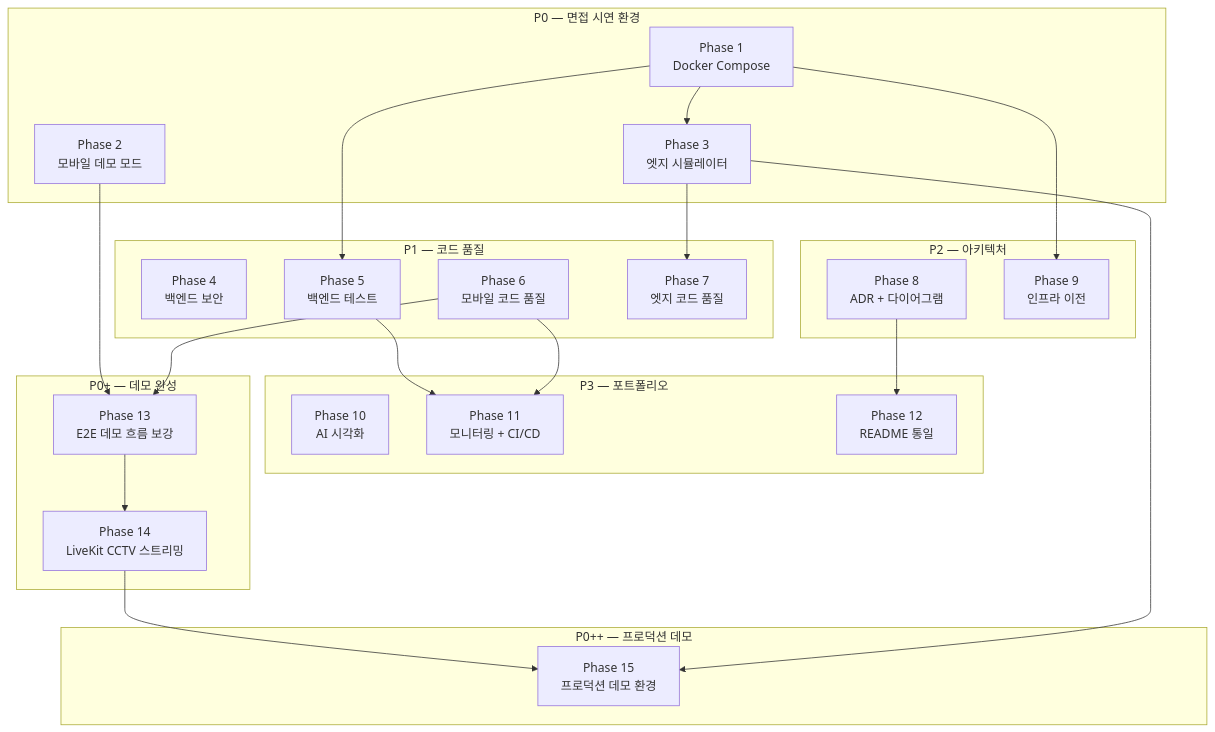
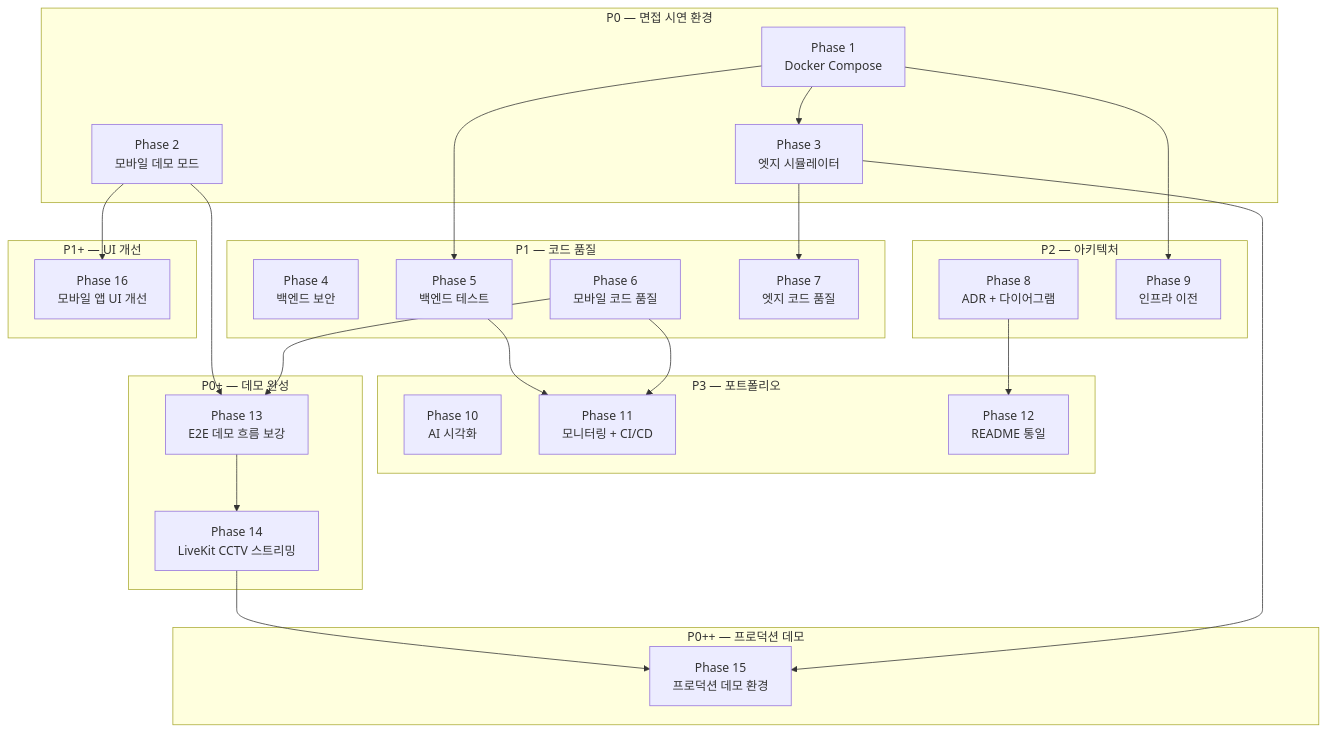
One commit to JeffKM/ember-sentinel-application changed the diagram in docs/ROADMAP.md. Above: the diagram before and after it, drawn with Mermaid. The commit also changed other lines of this file and 7 other files, not shown here.

````diff
--- a/docs/ROADMAP.md
+++ b/docs/ROADMAP.md
@@ -386,48 +415,53 @@
 ```mermaid
 graph TD
     subgraph "P0 — 면접 시연 환경"
         P1_phase["Phase 1<br/>Docker Compose"]
         P2_phase["Phase 2<br/>모바일 데모 모드"]
         P3_phase["Phase 3<br/>엣지 시뮬레이터"]
     end
 
     subgraph "P1 — 코드 품질"
         P4_phase["Phase 4<br/>백엔드 보안"]
         P5_phase["Phase 5<br/>백엔드 테스트"]
         P6_phase["Phase 6<br/>모바일 코드 품질"]
         P7_phase["Phase 7<br/>엣지 코드 품질"]
     end
 
     subgraph "P2 — 아키텍처"
         P8_phase["Phase 8<br/>ADR + 다이어그램"]
         P9_phase["Phase 9<br/>인프라 이전"]
     end
 
     subgraph "P3 — 포트폴리오"
         P10_phase["Phase 10<br/>AI 시각화"]
         P11_phase["Phase 11<br/>모니터링 + CI/CD"]
         P12_phase["Phase 12<br/>README 통일"]
     end
 
     subgraph "P0+ — 데모 완성"
         P13_phase["Phase 13<br/>E2E 데모 흐름 보강"]
         P14_phase["Phase 14<br/>LiveKit CCTV 스트리밍"]
     end
 
     subgraph "P0++ — 프로덕션 데모"
         P15_phase["Phase 15<br/>프로덕션 데모 환경"]
     end
 
+    subgraph "P1+ — UI 개선"
+        P16_phase["Phase 16<br/>모바일 앱 UI 개선"]
+    end
+
     P1_phase --> P3_phase
     P1_phase --> P5_phase
     P1_phase --> P9_phase
     P3_phase --> P7_phase
     P5_phase --> P11_phase
     P6_phase --> P11_phase
     P8_phase --> P12_phase
     P2_phase --> P13_phase
     P6_phase --> P13_phase
     P13_phase --> P14_phase
     P14_phase --> P15_phase
     P3_phase --> P15_phase
+    P2_phase --> P16_phase
 ```
````
